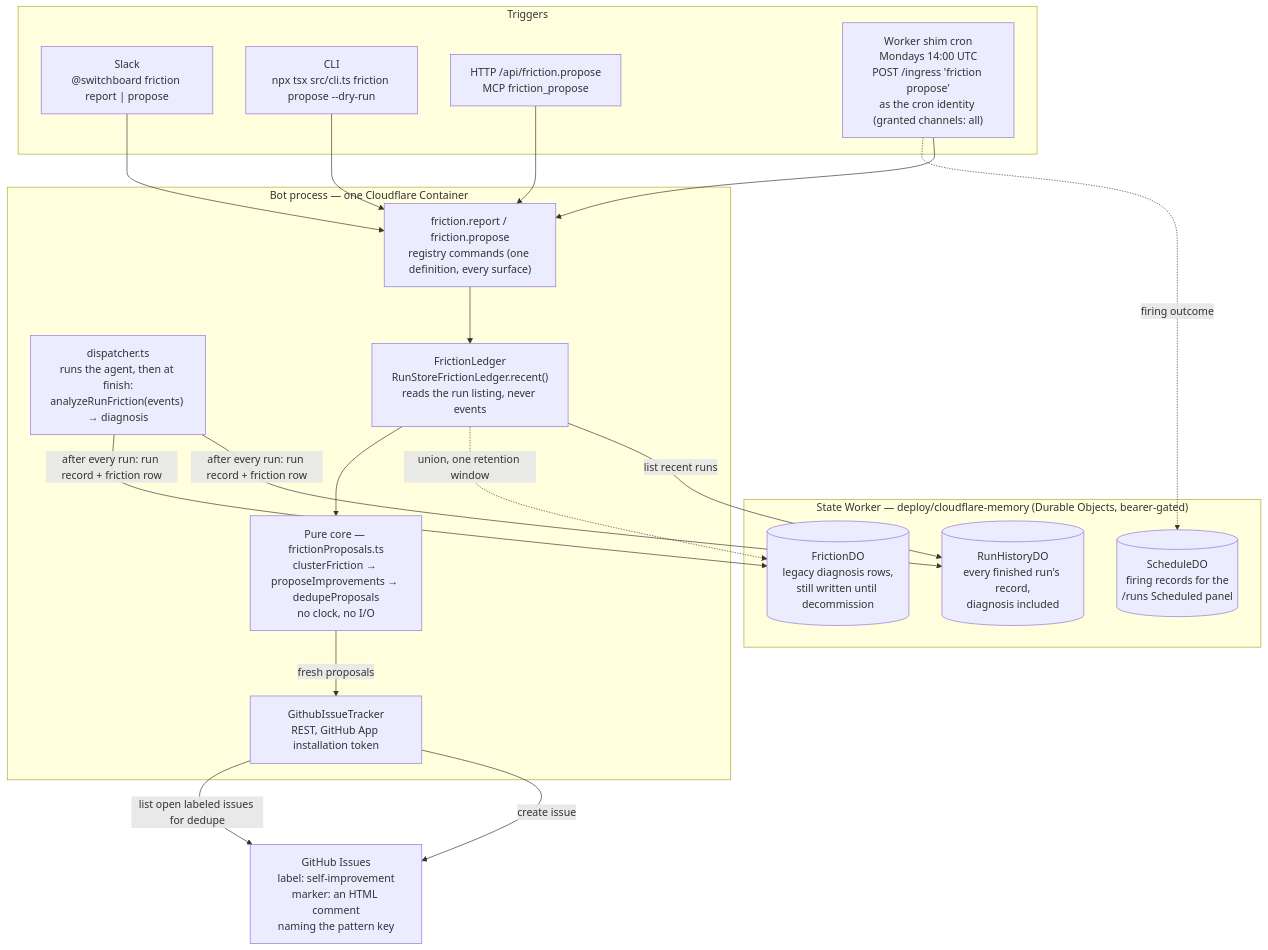
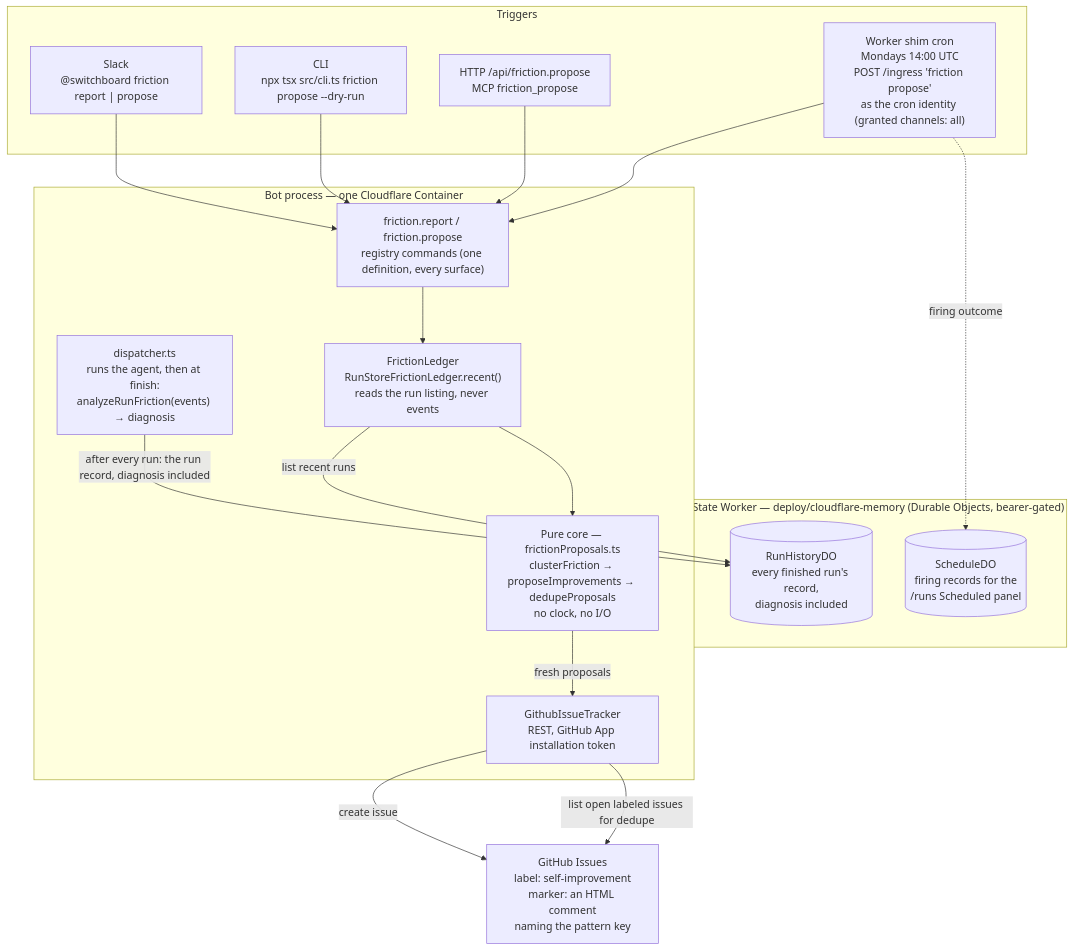
One commit to coreplanelabs/switchboard changed the second of 4 diagrams in docs/self-improvement-architecture.md. Above: the diagram before and after it, drawn with Mermaid. The commit also changed other lines of this file and 33 other files, not shown here.

````diff
--- a/docs/self-improvement-architecture.md
+++ b/docs/self-improvement-architecture.md
@@ -38,35 +38,33 @@
 ```mermaid
 flowchart TB
     subgraph triggers ["Triggers"]
         SLACK["Slack<br/>@switchboard friction report | propose"]
         CLI["CLI<br/>npx tsx src/cli.ts friction propose --dry-run"]
         API["HTTP /api/friction.propose<br/>MCP friction_propose"]
         CRON["Worker shim cron<br/>Mondays 14:00 UTC<br/>POST /ingress 'friction propose'<br/>as the cron identity (granted channels: all)"]
     end
 
     subgraph bot ["Bot process — one Cloudflare Container"]
         DISP["dispatcher.ts<br/>runs the agent, then at finish:<br/>analyzeRunFriction(events) → diagnosis"]
         LEDGER["FrictionLedger<br/>RunStoreFrictionLedger.recent()<br/>reads the run listing, never events"]
         CMD["friction.report / friction.propose<br/>registry commands (one definition, every surface)"]
         PURE["Pure core — frictionProposals.ts<br/>clusterFriction → proposeImprovements → dedupeProposals<br/>no clock, no I/O"]
         TRACKER["GithubIssueTracker<br/>REST, GitHub App installation token"]
     end
 
     subgraph state ["State Worker — deploy/cloudflare-memory (Durable Objects, bearer-gated)"]
         HDO[("RunHistoryDO<br/>every finished run's record,<br/>diagnosis included")]
-        FDO[("FrictionDO<br/>legacy diagnosis rows,<br/>still written until decommission")]
         SDO[("ScheduleDO<br/>firing records for the<br/>/runs Scheduled panel")]
     end
 
     GH["GitHub Issues<br/>label: self-improvement<br/>marker: an HTML comment<br/>naming the pattern key"]
 
     SLACK & CLI & API & CRON --> CMD
-    DISP -->|after every run: run record + friction row| HDO & FDO
+    DISP -->|after every run: the run record, diagnosis included| HDO
     CMD --> LEDGER
     LEDGER -->|list recent runs| HDO
-    LEDGER -.->|union, one retention window| FDO
     LEDGER --> PURE
     PURE -->|fresh proposals| TRACKER -->|create issue| GH
     TRACKER -->|list open labeled issues for dedupe| GH
     CRON -.->|firing outcome| SDO
 ```
````
